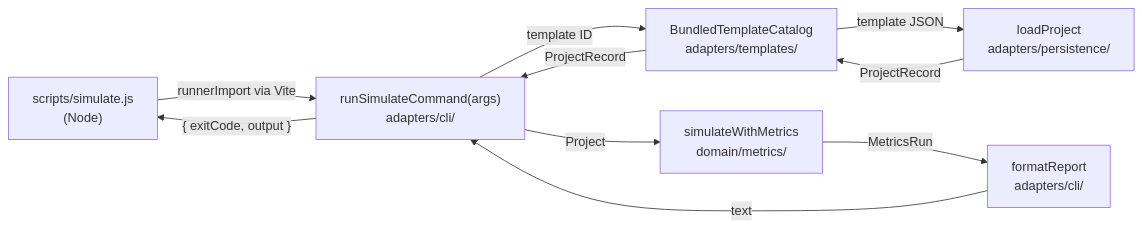
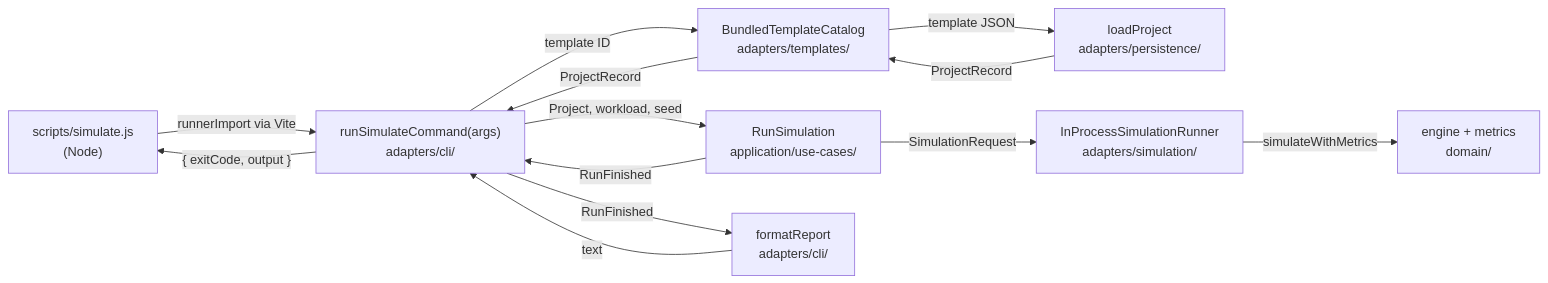
One commit to alanbickel/wind-tunnel changed the diagram in docs/architecture/headless-runner.md. Above: the diagram before and after it, drawn with Mermaid. The commit also changed other lines of this file and 5 other files, not shown here.

Commit message:
feat(adapters): add the in-process simulation runner and run the CLI through RunSimulation

````diff
--- a/docs/architecture/headless-runner.md
+++ b/docs/architecture/headless-runner.md
@@ -16,12 +16,15 @@
 ```mermaid
 flowchart LR
     N["scripts/simulate.js<br/>(Node)"] -->|"runnerImport via Vite"| C["runSimulateCommand(args)<br/>adapters/cli/"]
     C -->|template ID| T["BundledTemplateCatalog<br/>adapters/templates/"]
     T -->|template JSON| L["loadProject<br/>adapters/persistence/"]
     L -->|ProjectRecord| T
     T -->|ProjectRecord| C
-    C -->|Project| S["simulateWithMetrics<br/>domain/metrics/"]
-    S -->|MetricsRun| F["formatReport<br/>adapters/cli/"]
+    C -->|"Project, workload, seed"| U["RunSimulation<br/>application/use-cases/"]
+    U -->|"SimulationRequest"| R["InProcessSimulationRunner<br/>adapters/simulation/"]
+    R -->|"simulateWithMetrics"| S["engine + metrics<br/>domain/"]
+    U -->|"RunFinished"| C
+    C -->|"RunFinished"| F["formatReport<br/>adapters/cli/"]
     F -->|text| C
     C -->|"{ exitCode, output }"| N
 ```
````
